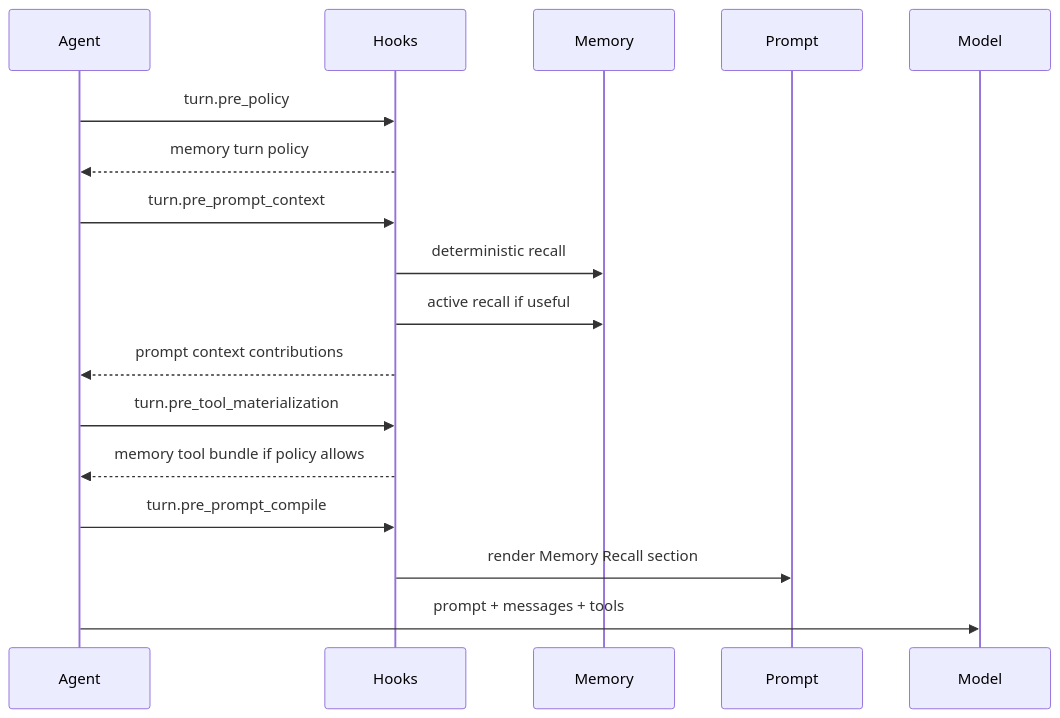
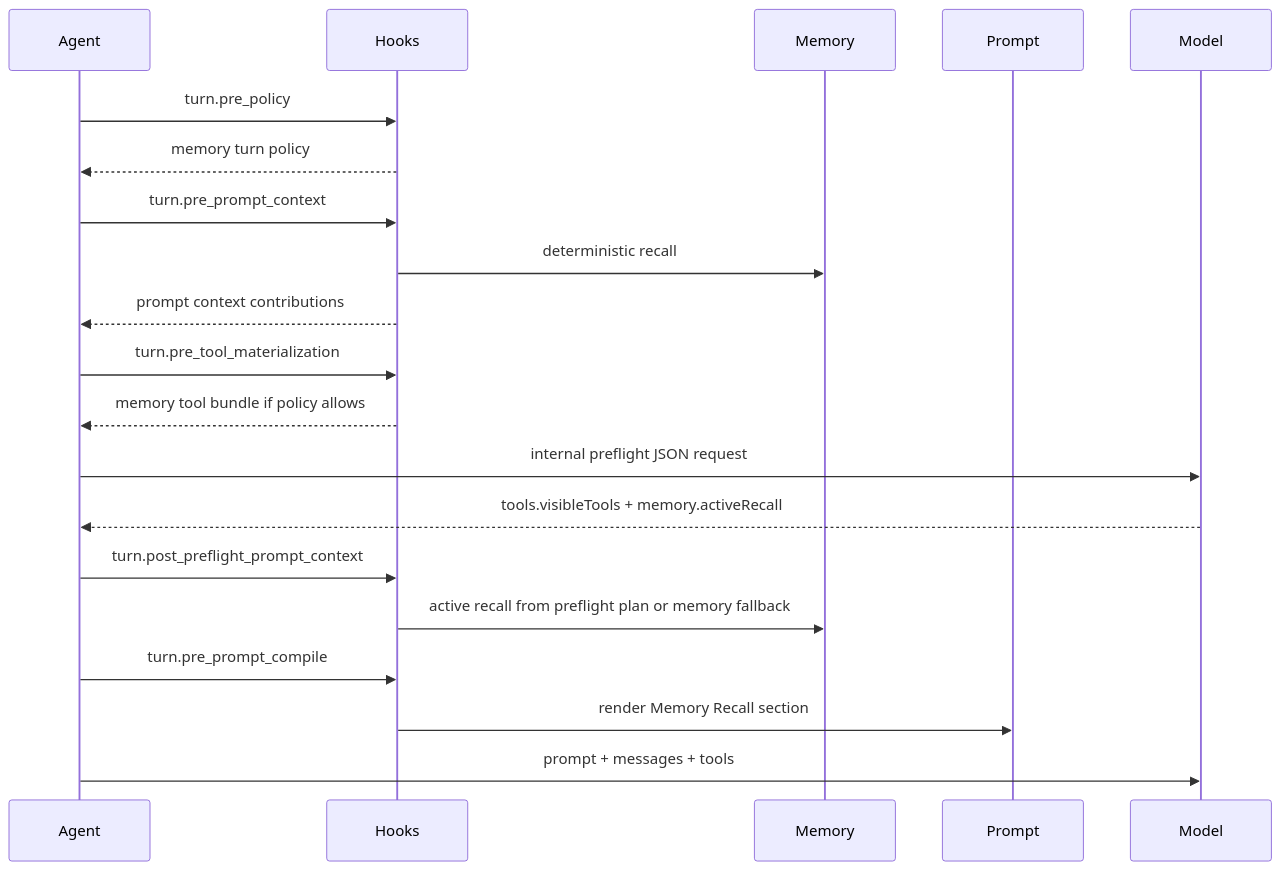
Before and after one commit to pioneerdotai/docs: the third of 3 diagrams in architecture/memory.mdx, drawn with Mermaid. The commit also changed other lines of this file and 34 other files, not shown here.

````diff
--- a/architecture/memory.mdx
+++ b/architecture/memory.mdx
@@ -70,20 +114,23 @@
 ```mermaid
 sequenceDiagram
   participant Agent
   participant Hooks
   participant Memory
   participant Prompt
   participant Model
 
   Agent->>Hooks: turn.pre_policy
   Hooks-->>Agent: memory turn policy
   Agent->>Hooks: turn.pre_prompt_context
   Hooks->>Memory: deterministic recall
-  Hooks->>Memory: active recall if useful
   Hooks-->>Agent: prompt context contributions
   Agent->>Hooks: turn.pre_tool_materialization
   Hooks-->>Agent: memory tool bundle if policy allows
+  Agent->>Model: internal preflight JSON request
+  Model-->>Agent: tools.visibleTools + memory.activeRecall
+  Agent->>Hooks: turn.post_preflight_prompt_context
+  Hooks->>Memory: active recall from preflight plan or memory fallback
   Agent->>Hooks: turn.pre_prompt_compile
   Hooks->>Prompt: render Memory Recall section
   Agent->>Model: prompt + messages + tools
 ```
````
